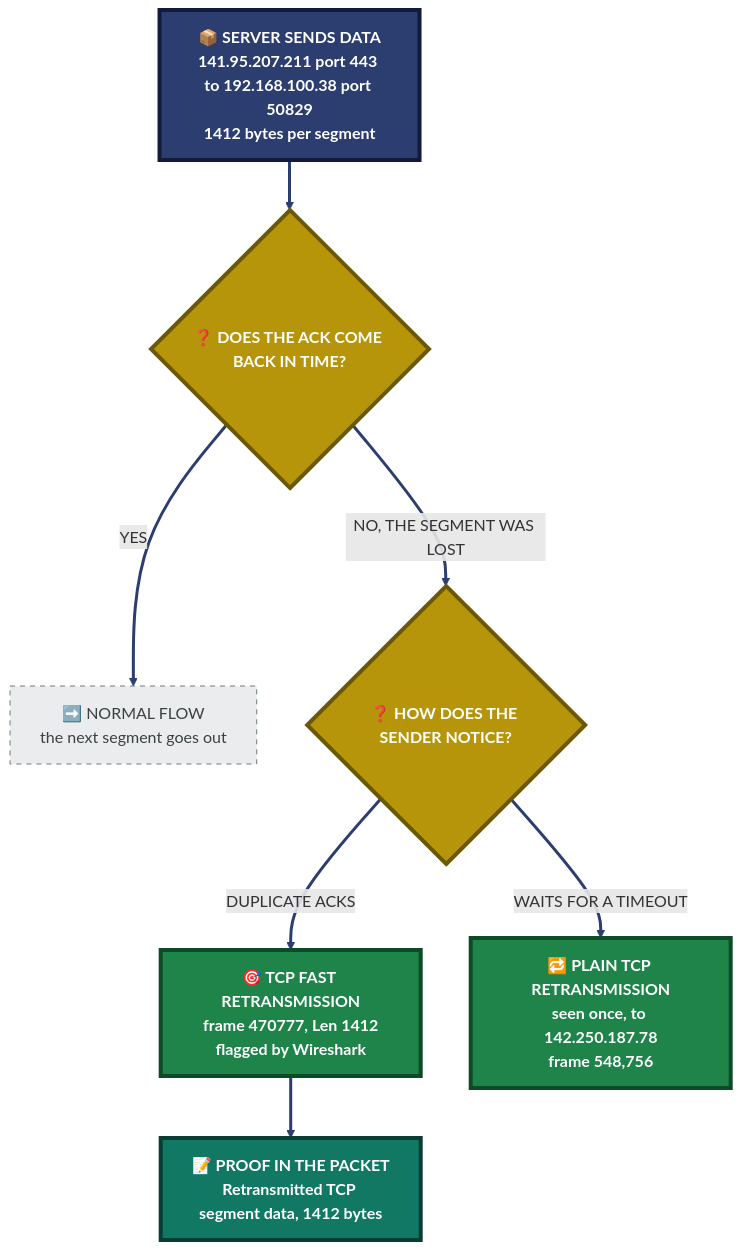
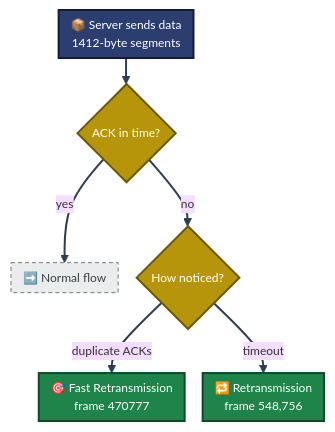
Before and after one commit to malaika-azhar/Real-World-Tier2-Support-Projects: the fourth of 7 diagrams in project-3-wireshark-packet-capture-case-studies/README.md, drawn with Mermaid. The commit also changed other lines of this file, not shown here.

````diff
--- a/project-3-wireshark-packet-capture-case-studies/README.md
+++ b/project-3-wireshark-packet-capture-case-studies/README.md
@@ -402,16 +402,14 @@
 ```mermaid
+%%{init: {'theme': 'base', 'themeVariables': {'fontSize': '12px'}, 'flowchart': {'nodeSpacing': 18, 'rankSpacing': 26, 'padding': 6}}}%%
 flowchart TB
-    S["📦 SERVER SENDS DATA<br/>141.95.207.211 port 443 to 192.168.100.38 port 50829<br/>1412 bytes per segment"]:::start --> A{"❓ DOES THE ACK COME BACK IN TIME?"}:::q
-    A -->|YES| OK["➡️ NORMAL FLOW<br/>the next segment goes out"]:::unseen
-    A -->|"NO, THE SEGMENT WAS LOST"| D{"❓ HOW DOES THE SENDER NOTICE?"}:::q
-    D -->|"DUPLICATE ACKS"| F["🎯 TCP FAST RETRANSMISSION<br/>frame 470777, Len 1412<br/>flagged by Wireshark"]:::seen
-    D -->|"WAITS FOR A TIMEOUT"| R["🔁 PLAIN TCP RETRANSMISSION<br/>seen once, to 142.250.187.78<br/>frame 548,756"]:::seen
-    F --> E["📝 PROOF IN THE PACKET<br/>Retransmitted TCP segment data, 1412 bytes"]:::doc
-
-    classDef start fill:#2C3E70,stroke:#131B3A,stroke-width:4px,color:#FFFFFF,font-weight:bold
-    classDef q fill:#B7950B,stroke:#6B5807,stroke-width:4px,color:#FFFFFF,font-weight:bold
-    classDef seen fill:#1E8449,stroke:#0E4A28,stroke-width:4px,color:#FFFFFF,font-weight:bold
-    classDef doc fill:#117864,stroke:#083D33,stroke-width:4px,color:#FFFFFF,font-weight:bold
-    classDef unseen fill:#EAECEE,stroke:#707B7C,color:#3B4142,stroke-dasharray: 5 5
-    linkStyle default stroke:#2C3E70,stroke-width:3px
+    S["📦 Server sends data<br/>1412-byte segments"]:::start --> A{"ACK in time?"}:::q
+    A -->|yes| OK["➡️ Normal flow"]:::unseen
+    A -->|no| D{"How noticed?"}:::q
+    D -->|duplicate ACKs| F["🎯 Fast Retransmission<br/>frame 470777"]:::seen
+    D -->|timeout| R["🔁 Retransmission<br/>frame 548,756"]:::seen
+    classDef start fill:#2C3E70,stroke:#131B3A,stroke-width:2px,color:#FFFFFF
+    classDef q fill:#B7950B,stroke:#6B5807,stroke-width:2px,color:#FFFFFF
+    classDef seen fill:#1E8449,stroke:#0E4A28,stroke-width:2px,color:#FFFFFF
+    classDef unseen fill:#EAECEE,stroke:#707B7C,color:#3B4142,stroke-dasharray: 4 3
+    linkStyle default stroke:#2C3E50,stroke-width:2px
 ```
````
